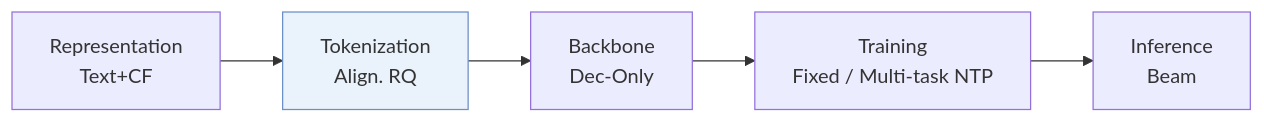
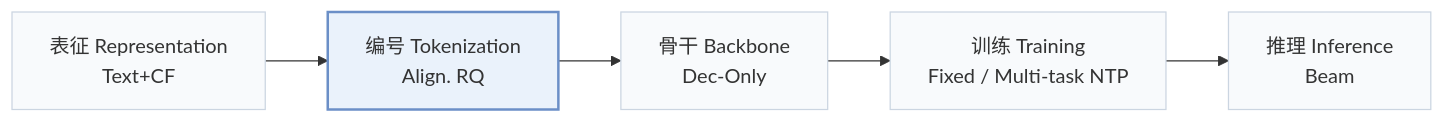
One commit to Galaxy-ghost/Awesome-SID-Generative-Rec changed the first of 2 diagrams in pages/zh/papers/semconv.md. Above: the diagram before and after it, drawn with Mermaid. The commit also changed other lines of this file and 649 other files, not shown here.

Commit message:
writer-05: also tags and modality index (schema, check, build, visuals); summary field removed; calibration data for 12 papers

````diff
--- a/pages/zh/papers/semconv.md
+++ b/pages/zh/papers/semconv.md
@@ -13,6 +15,8 @@
 ```mermaid
 flowchart LR
-    R["Representation<br/>Text+CF"] --> T["Tokenization<br/>Align. RQ"] --> B["Backbone<br/>Dec-Only"] --> TR["Training<br/>Fixed / Multi-task NTP"] --> I["Inference<br/>Beam"]
-    classDef main fill:#eaf2fb,stroke:#6b8fc7
+    R["表征 Representation<br/>Text+CF"] --> T["编号 Tokenization<br/>Align. RQ"] --> B["骨干 Backbone<br/>Dec-Only"] --> TR["训练 Training<br/>Fixed / Multi-task NTP"] --> I["推理 Inference<br/>Beam"]
+    classDef base fill:#f8fafc,stroke:#cbd5e1
+    class R,T,B,TR,I base
+    classDef main fill:#eaf2fb,stroke:#6b8fc7,stroke-width:2px
     class T main
 ```
````
